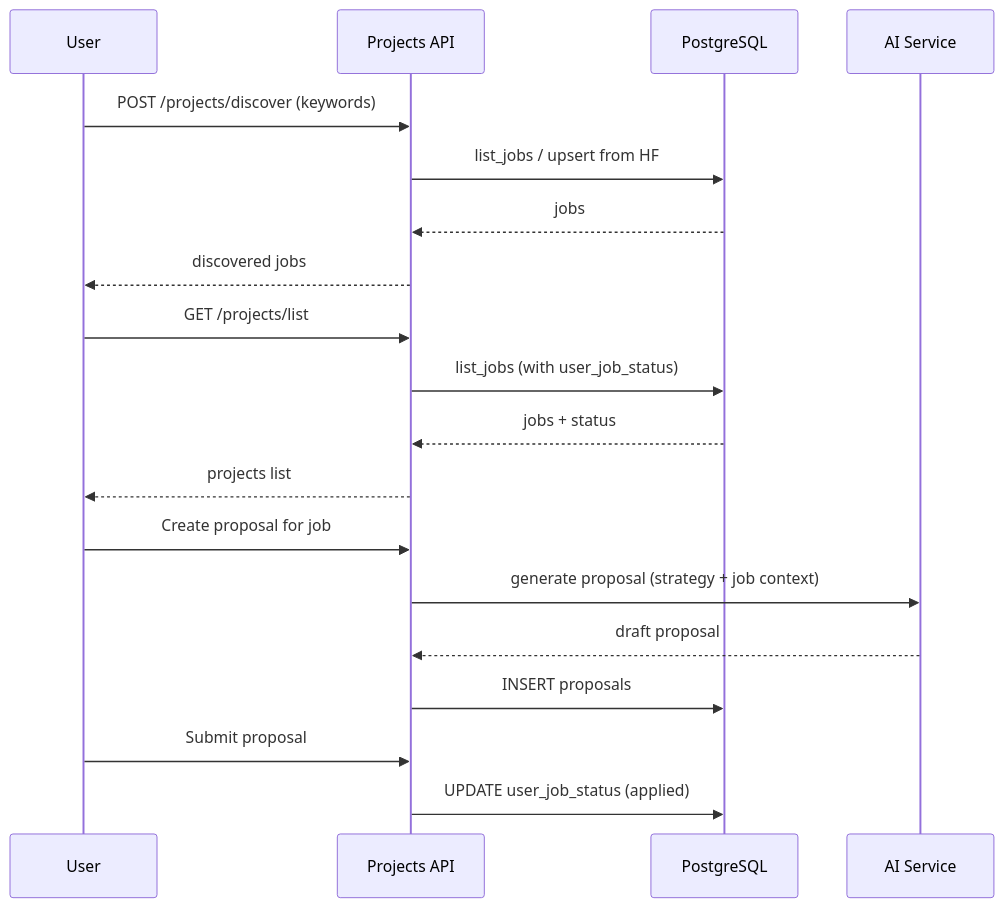
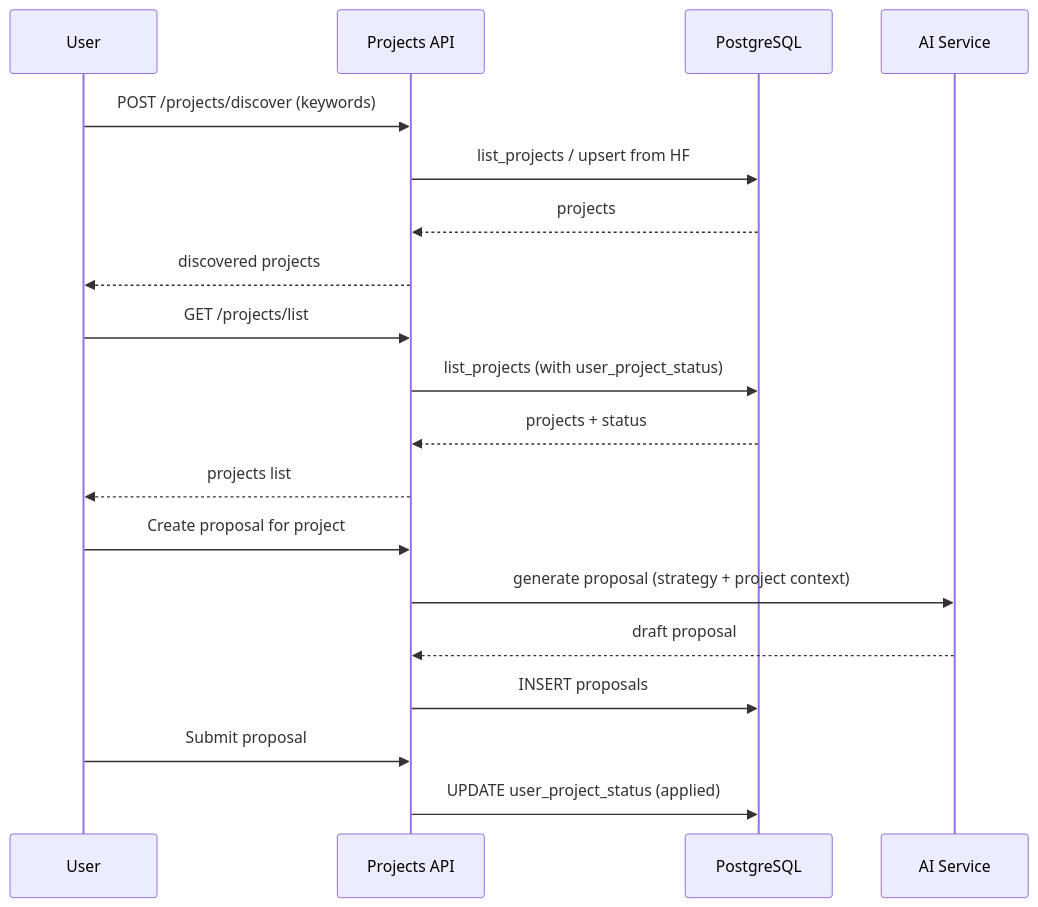
Before and after one commit to williamjxj/AutoBidder: the third of 5 diagrams in docs/database-schema-reference.md, drawn with Mermaid. The commit also changed other lines of this file and 30 other files, not shown here.

First line of the commit message:
feat(db): refactor jobs→projects for UI alignment (005-refactor-pg-database)

````diff
--- a/docs/database-schema-reference.md
+++ b/docs/database-schema-reference.md
@@ -146,24 +158,24 @@
 ```mermaid
 sequenceDiagram
     participant U as User
     participant API as Projects API
     participant DB as PostgreSQL
     participant AI as AI Service
 
     U->>API: POST /projects/discover (keywords)
-    API->>DB: list_jobs / upsert from HF
-    DB-->>API: jobs
-    API-->>U: discovered jobs
+    API->>DB: list_projects / upsert from HF
+    DB-->>API: projects
+    API-->>U: discovered projects
 
     U->>API: GET /projects/list
-    API->>DB: list_jobs (with user_job_status)
-    DB-->>API: jobs + status
+    API->>DB: list_projects (with user_project_status)
+    DB-->>API: projects + status
     API-->>U: projects list
 
-    U->>API: Create proposal for job
-    API->>AI: generate proposal (strategy + job context)
+    U->>API: Create proposal for project
+    API->>AI: generate proposal (strategy + project context)
     AI-->>API: draft proposal
     API->>DB: INSERT proposals
     U->>API: Submit proposal
-    API->>DB: UPDATE user_job_status (applied)
+    API->>DB: UPDATE user_project_status (applied)
 ```
````
